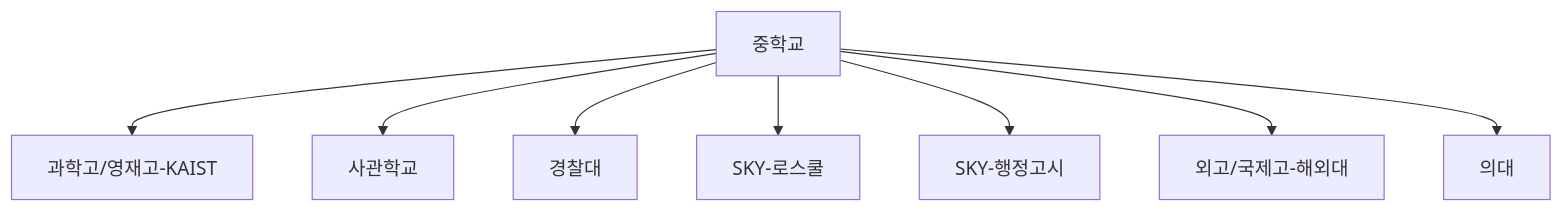
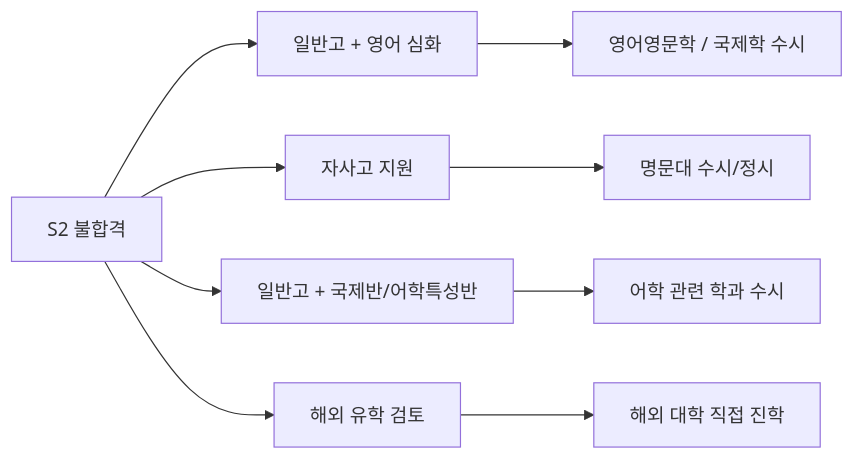
One commit to Collegenie-X/AI-career-path changed the seventh of 17 diagrams in frontend/public/resource-hub/admission_strategy_special_route_map.md. Above: the diagram before and after it, drawn with Mermaid. The commit also changed other lines of this file and 63 other files, not shown here.

````diff
--- a/frontend/public/resource-hub/admission_strategy_special_route_map.md
+++ b/frontend/public/resource-hub/admission_strategy_special_route_map.md
@@ -7,10 +327,12 @@
 ```mermaid
-flowchart TD
-  M[중학교] --> E[과학고/영재고-KAIST]
-  M --> F[사관학교]
-  M --> G[경찰대]
-  M --> H[SKY-로스쿨]
-  M --> I[SKY-행정고시]
-  M --> J[외고/국제고-해외대]
-  M --> K[의대]
+flowchart LR
+    FAIL2[S2 불합격] --> ALT2A[일반고 + 영어 심화]
+    FAIL2 --> ALT2B[자사고 지원]
+    FAIL2 --> ALT2C[일반고 + 국제반/어학특성반]
+    FAIL2 --> ALT2D[해외 유학 검토]
+
+    ALT2A --> GOAL2A[영어영문학 / 국제학 수시]
+    ALT2B --> GOAL2B[명문대 수시/정시]
+    ALT2C --> GOAL2C[어학 관련 학과 수시]
+    ALT2D --> GOAL2D[해외 대학 직접 진학]
 ```
````
